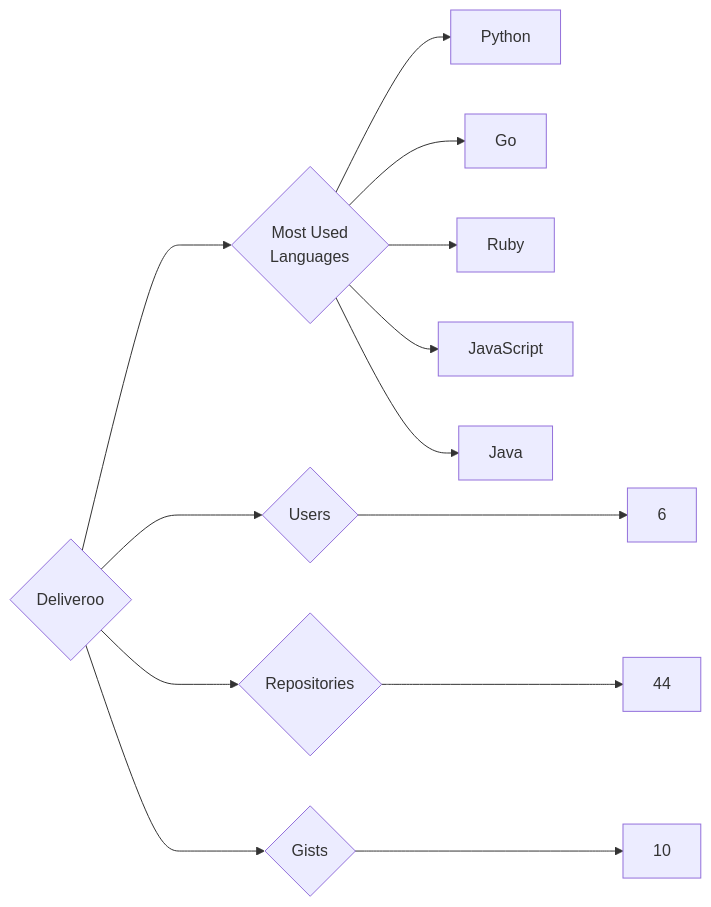
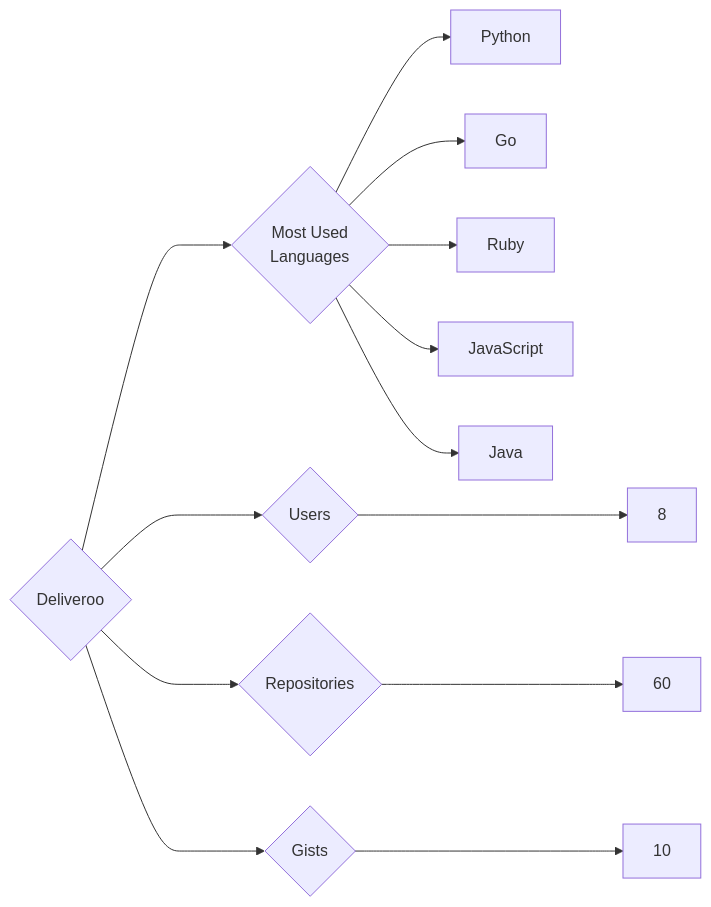
Before and after one commit to trickest/insiders: the diagram in targets/Deliveroo/README.md, drawn with Mermaid. The commit also changed 1148 other files, not shown here.

````diff
--- a/targets/Deliveroo/README.md
+++ b/targets/Deliveroo/README.md
@@ -3,13 +3,13 @@
 ```mermaid
 graph LR
 COMPANY_NAME{Deliveroo}
-COMPANY_NAME ---> U{Users} ---> UN[6]
-COMPANY_NAME ---> R{Repositories} ---> RN[44]
+COMPANY_NAME ---> U{Users} ---> UN[8]
+COMPANY_NAME ---> R{Repositories} ---> RN[60]
 COMPANY_NAME ---> G{Gists} ---> GN[10]
 COMPANY_NAME ---> ML{Most Used<br>Languages}
 ML --> Python[Python]
 ML --> Go[Go]
 ML --> Ruby[Ruby]
 ML --> JavaScript[JavaScript]
 ML --> Java[Java]
 ```
````
